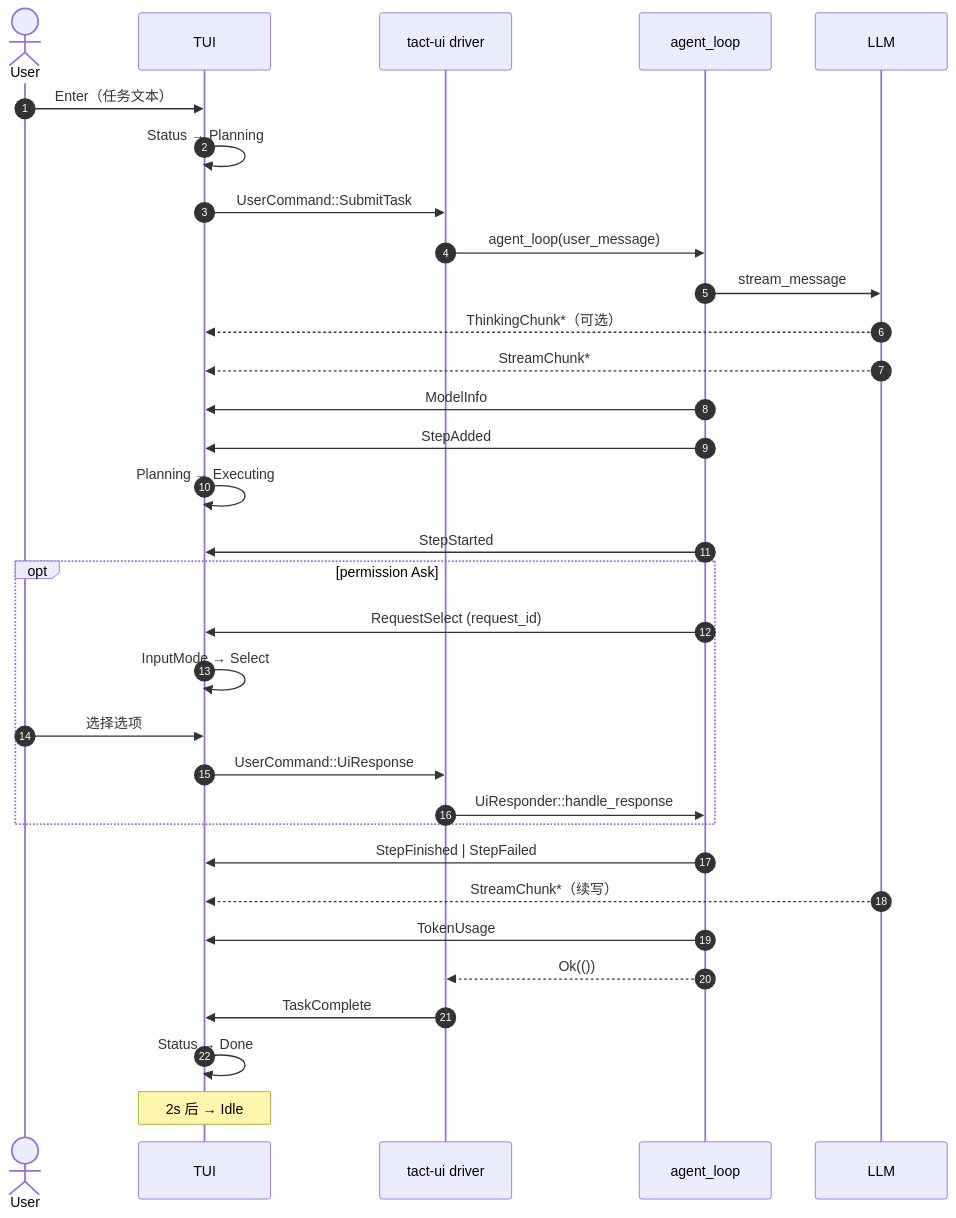
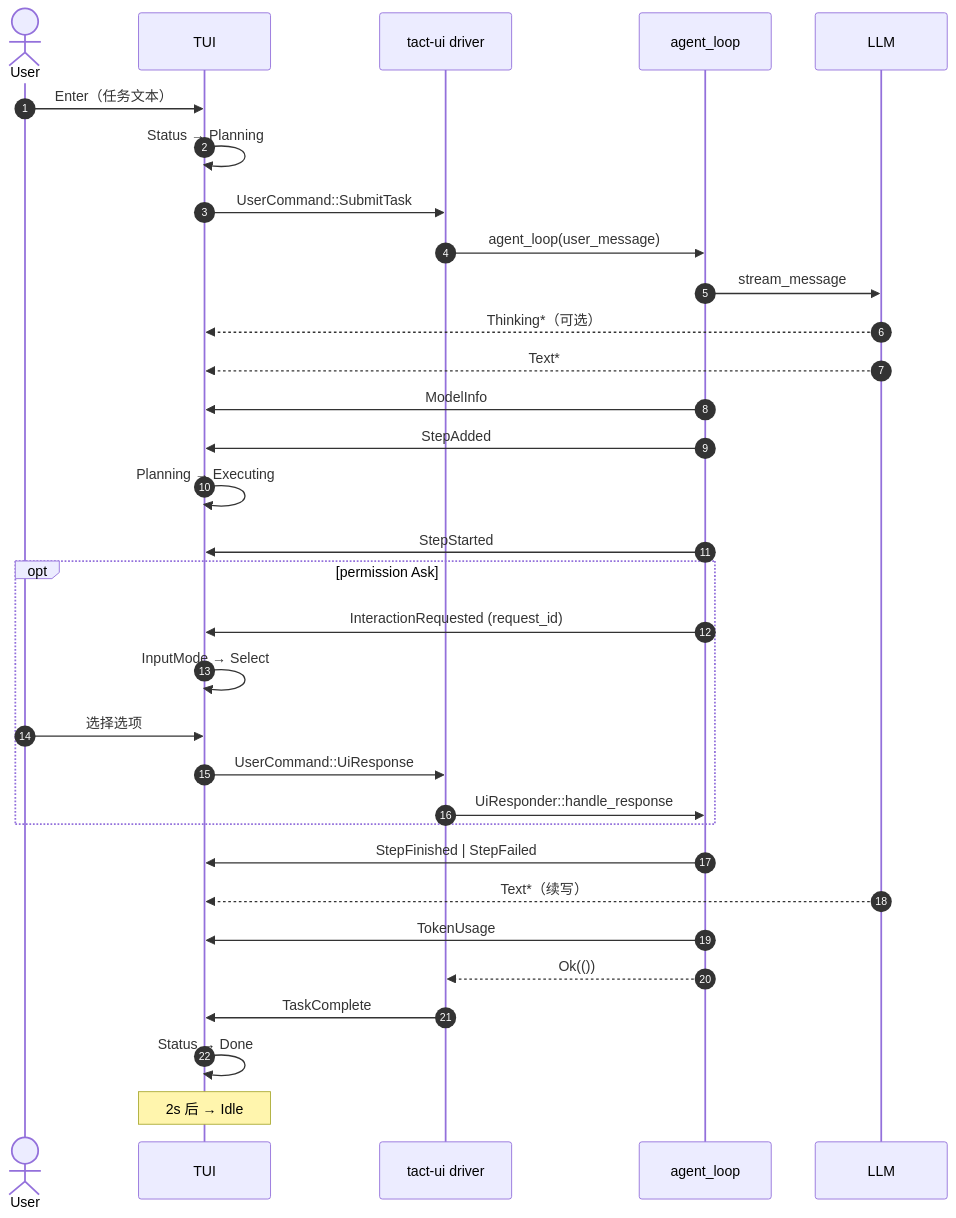
Before and after one commit to rust-infra/tact: the ninth of 9 diagrams in book/25_chapter_protocol_zh.md, drawn with Mermaid. The commit also changed other lines of this file and 8 other files, not shown here.

````diff
--- a/book/25_chapter_protocol_zh.md
+++ b/book/25_chapter_protocol_zh.md
@@ -339,40 +339,40 @@
 ```mermaid
 sequenceDiagram
     autonumber
     actor User
     participant TUI
     participant Driver as tact-ui driver
     participant Agent as agent_loop
     participant LLM
 
     User->>TUI: Enter（任务文本）
     TUI->>TUI: Status → Planning
     TUI->>Driver: UserCommand::SubmitTask
 
     Driver->>Agent: agent_loop(user_message)
     Agent->>LLM: stream_message
-    LLM-->>TUI: ThinkingChunk*（可选）
-    LLM-->>TUI: StreamChunk*
+    LLM-->>TUI: Thinking*（可选）
+    LLM-->>TUI: Text*
     Agent->>TUI: ModelInfo
 
     Agent->>TUI: StepAdded
     TUI->>TUI: Planning → Executing
     Agent->>TUI: StepStarted
 
     opt permission Ask
-        Agent->>TUI: RequestSelect (request_id)
+        Agent->>TUI: InteractionRequested (request_id)
         TUI->>TUI: InputMode → Select
         User->>TUI: 选择选项
         TUI->>Driver: UserCommand::UiResponse
         Driver->>Agent: UiResponder::handle_response
     end
 
     Agent->>TUI: StepFinished | StepFailed
-    LLM-->>TUI: StreamChunk*（续写）
+    LLM-->>TUI: Text*（续写）
     Agent->>TUI: TokenUsage
 
     Agent-->>Driver: Ok(())
     Driver->>TUI: TaskComplete
     TUI->>TUI: Status → Done
     Note over TUI: 2s 后 → Idle
 ```
````
